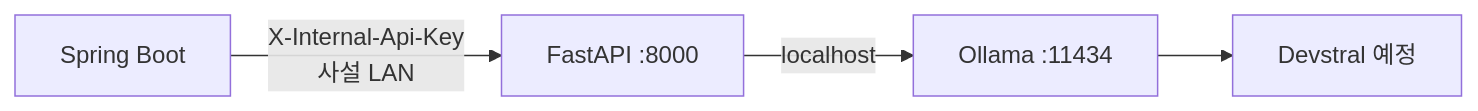
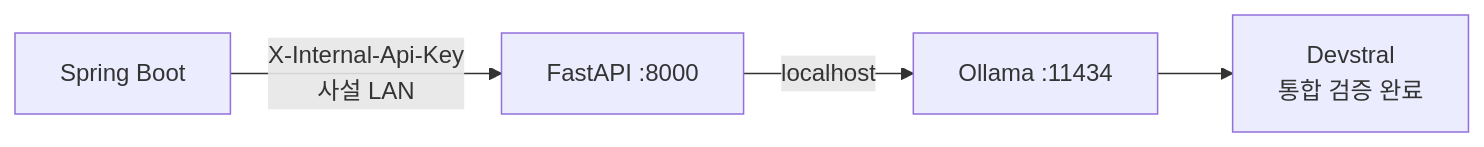
Diagram 11 of 12 in docs/02_시스템_아키텍처.md (KimAgHuge/hackathon-ai), drawn with Mermaid before and after one commit. The commit also changed other lines of this file and 4 other files, not shown here.

````diff
--- a/docs/02_시스템_아키텍처.md
+++ b/docs/02_시스템_아키텍처.md
@@ -583,6 +583,6 @@
 ```mermaid
 flowchart LR
     BE["Spring Boot"] -->|"X-Internal-Api-Key<br/>사설 LAN"| FAST["FastAPI :8000"]
     FAST -->|"localhost"| OLLAMA["Ollama :11434"]
-    OLLAMA --> MODEL["Devstral 예정"]
+    OLLAMA --> MODEL["Devstral<br/>통합 검증 완료"]
 ```
````
